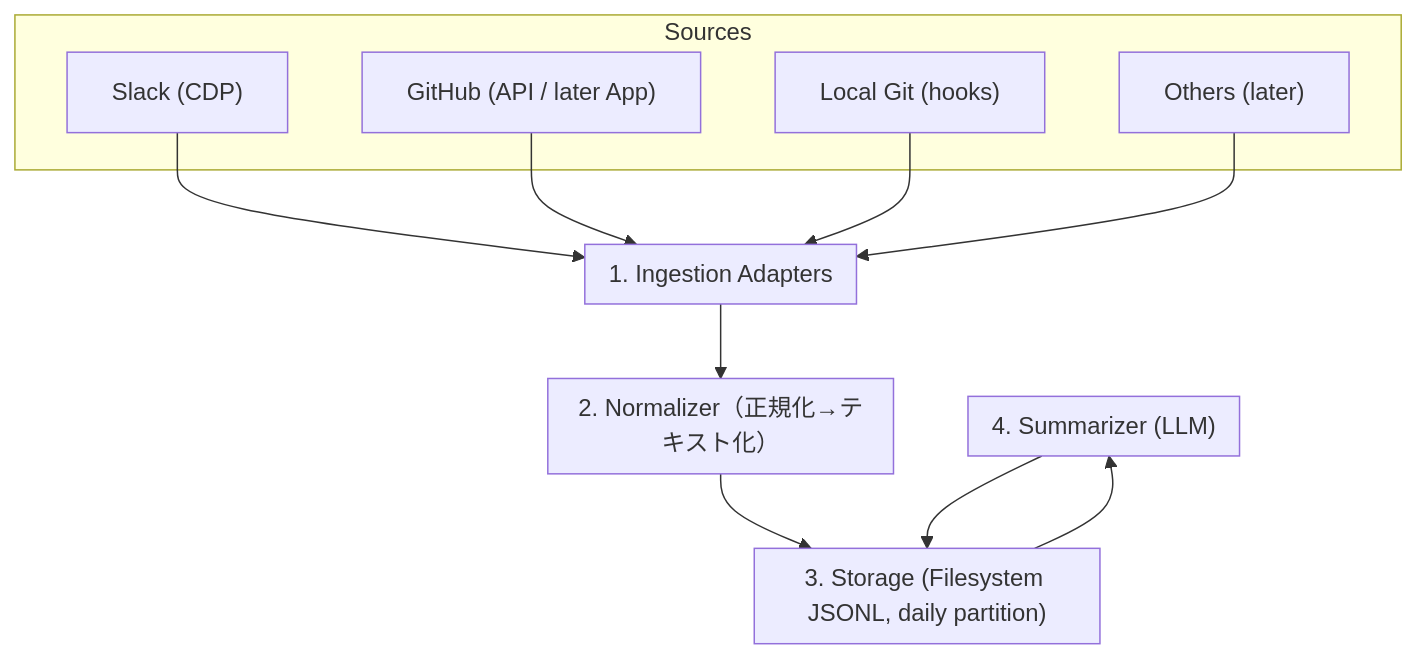
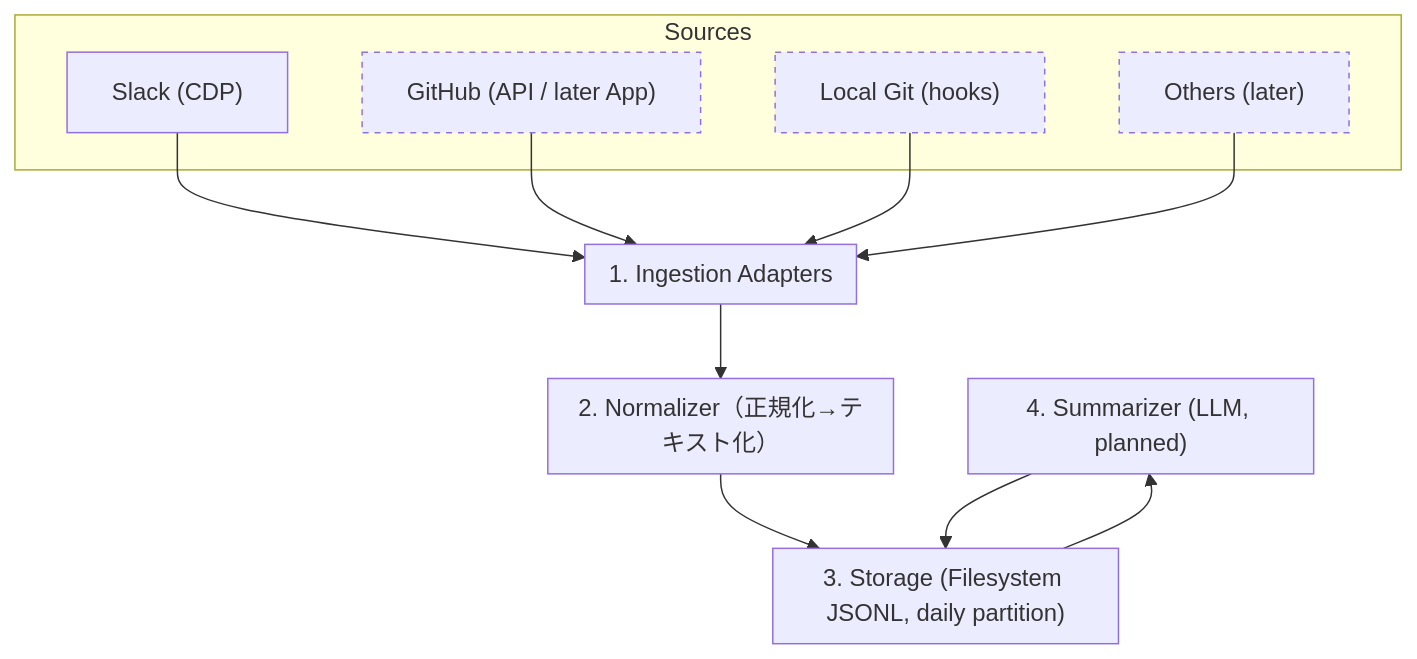
The diagram in docs/spec.md (masahide/slack-cdp-min), drawn with Mermaid before and after one commit. The commit also changed other lines of this file, not shown here.

````diff
--- a/docs/spec.md
+++ b/docs/spec.md
@@ -25,24 +31,27 @@
 ```mermaid
 flowchart TB
   subgraph Sources
     S["Slack (CDP)"]
     G["GitHub (API / later App)"]
     L["Local Git (hooks)"]
     O["Others (later)"]
   end
 
   subgraph Ingestion["1. Ingestion Adapters"]
   end
   subgraph Normalizer["2. Normalizer（正規化→テキスト化）"]
   end
   subgraph Storage["3. Storage (Filesystem JSONL, daily partition)"]
   end
-  subgraph Summarizer["4. Summarizer (LLM)"]
+  subgraph Summarizer["4. Summarizer (LLM, planned)"]
   end
 
   S --> Ingestion
+  style G stroke-dasharray: 4 4
+  style L stroke-dasharray: 4 4
+  style O stroke-dasharray: 4 4
   G --> Ingestion
   L --> Ingestion
   O --> Ingestion
   Ingestion --> Normalizer --> Storage --> Summarizer --> Storage
 ```
````
